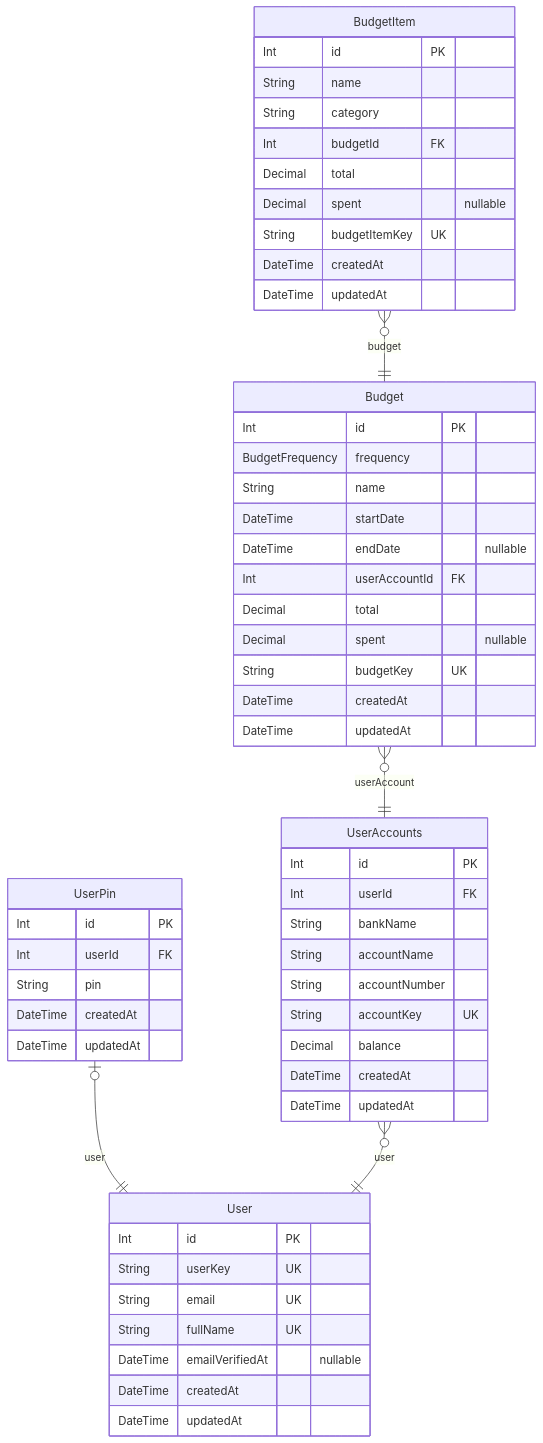
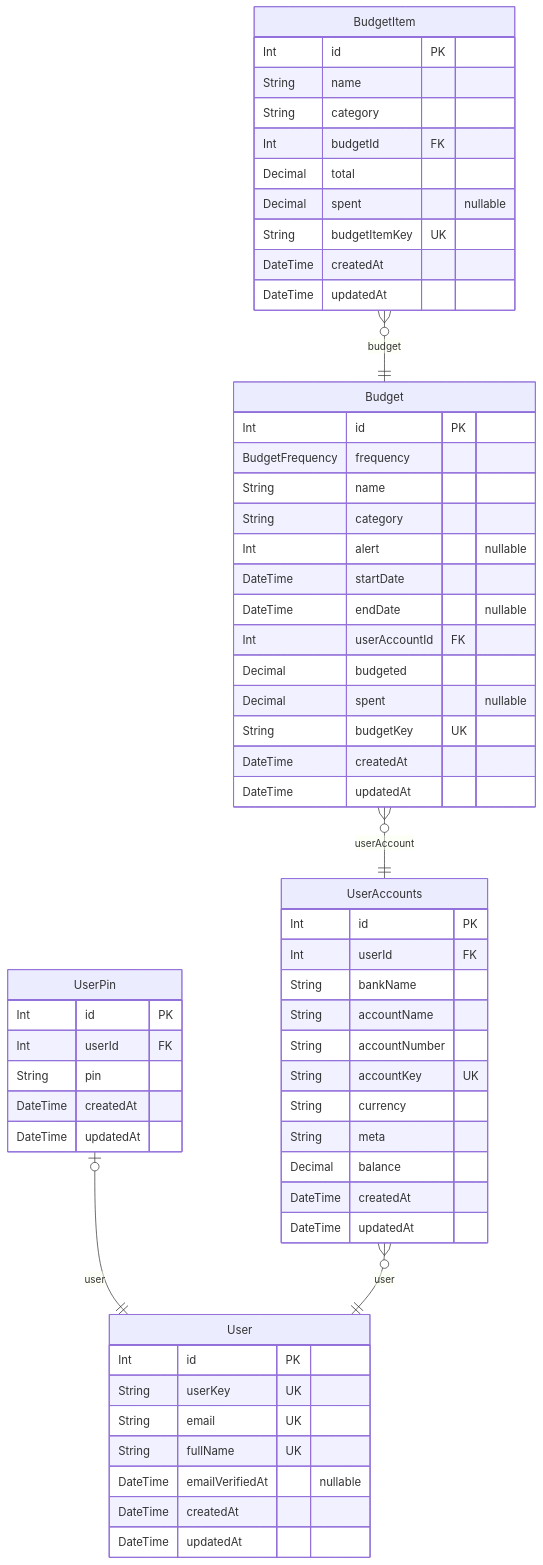
The diagram in server/ERD.md (jeremiah-olisa/tracka-web), drawn with Mermaid before and after one commit. The commit also changed other lines of this file and 35 other files, not shown here.

````diff
--- a/server/ERD.md
+++ b/server/ERD.md
@@ -9,58 +7,62 @@
 ```mermaid
 erDiagram
 "User" {
   Int id PK
   String userKey UK
   String email UK
   String fullName UK
   DateTime emailVerifiedAt "nullable"
   DateTime createdAt
   DateTime updatedAt
 }
 "UserPin" {
   Int id PK
   Int userId FK
   String pin
   DateTime createdAt
   DateTime updatedAt
 }
 "UserAccounts" {
   Int id PK
   Int userId FK
   String bankName
   String accountName
   String accountNumber
   String accountKey UK
+  String currency
+  String meta
   Decimal balance
   DateTime createdAt
   DateTime updatedAt
 }
 "Budget" {
   Int id PK
   BudgetFrequency frequency
   String name
+  String category
+  Int alert "nullable"
   DateTime startDate
   DateTime endDate "nullable"
   Int userAccountId FK
-  Decimal total
+  Decimal budgeted
   Decimal spent "nullable"
   String budgetKey UK
   DateTime createdAt
   DateTime updatedAt
 }
 "BudgetItem" {
   Int id PK
   String name
   String category
   Int budgetId FK
   Decimal total
   Decimal spent "nullable"
   String budgetItemKey UK
   DateTime createdAt
   DateTime updatedAt
 }
 "UserPin" |o--|| "User" : user
 "UserAccounts" }o--|| "User" : user
 "Budget" }o--|| "UserAccounts" : userAccount
 "BudgetItem" }o--|| "Budget" : budget
 ```
````
